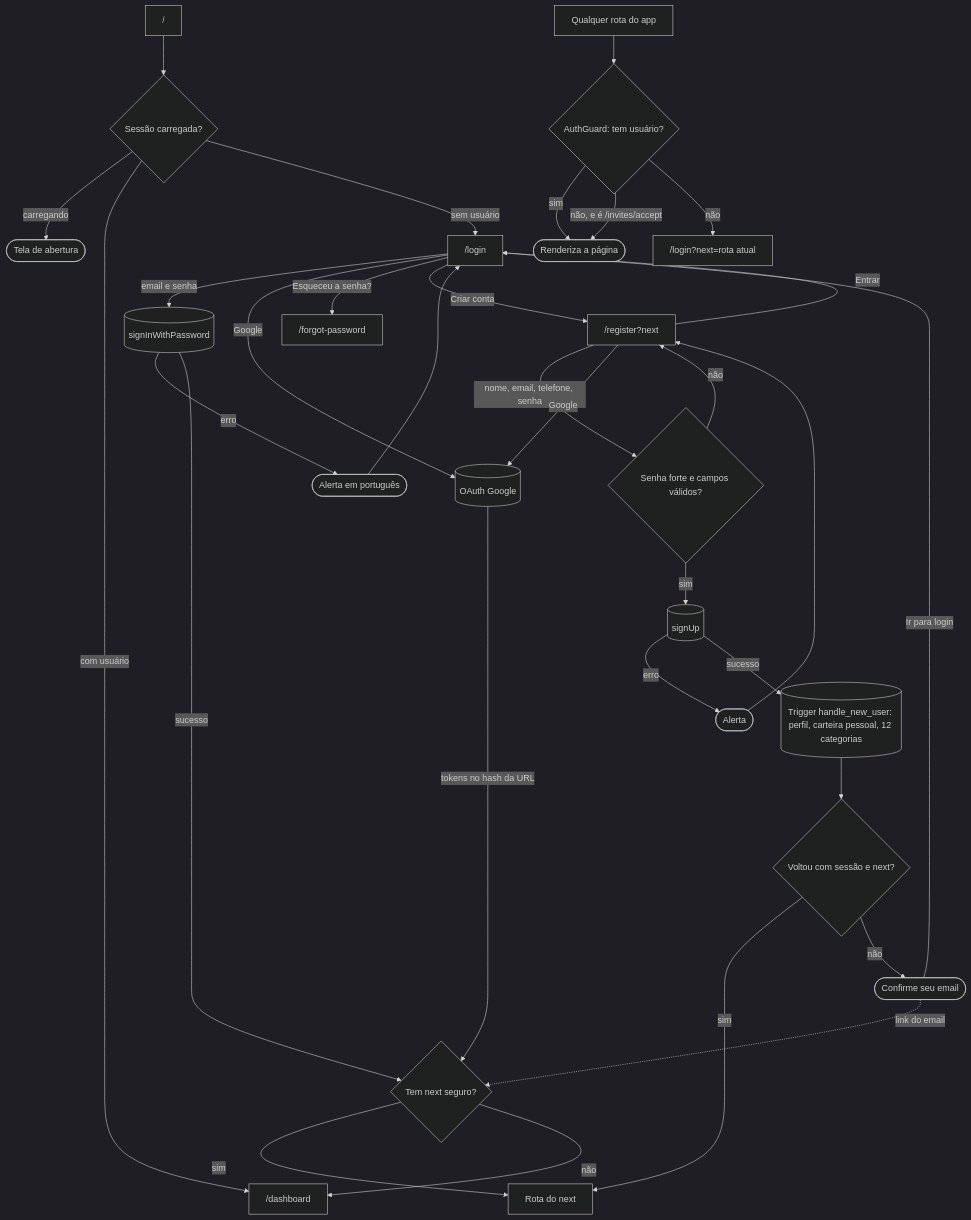
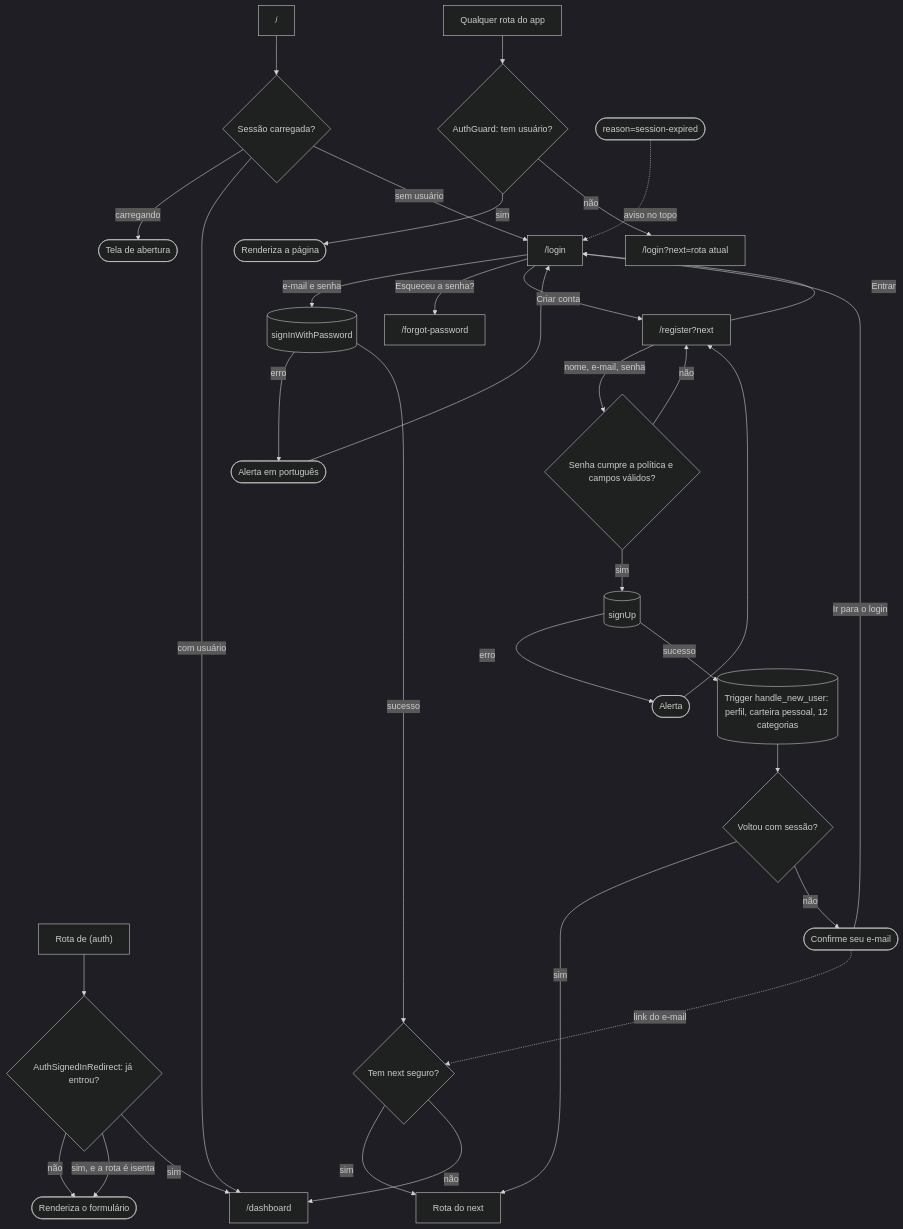
The second of 14 diagrams in docs/JORNADAS.md (kauax2000/finance_app), drawn with Mermaid before and after one commit. The commit also changed other lines of this file and 38 other files, not shown here.

````diff
--- a/docs/JORNADAS.md
+++ b/docs/JORNADAS.md
@@ -96,35 +103,38 @@
 ```mermaid
 %%{init: {"theme": "dark"}}%%
 flowchart TD
     root["/"] --> loading{"Sessão carregada?"}
     loading -->|"carregando"| bootscreen(["Tela de abertura"])
     loading -->|"com usuário"| dash["/dashboard"]
     loading -->|"sem usuário"| login["/login"]
 
     protected["Qualquer rota do app"] --> guard{"AuthGuard: tem usuário?"}
     guard -->|"sim"| page(["Renderiza a página"])
-    guard -->|"não, e é /invites/accept"| page
     guard -->|"não"| loginNext["/login?next=rota atual"]
 
-    login -->|"email e senha"| signin[("signInWithPassword")]
+    authRoute["Rota de (auth)"] --> backGuard{"AuthSignedInRedirect: já entrou?"}
+    backGuard -->|"não"| form(["Renderiza o formulário"])
+    backGuard -->|"sim, e a rota é isenta"| form
+    backGuard -->|"sim"| dash
+
+    login -->|"e-mail e senha"| signin[("signInWithPassword")]
     signin -->|"erro"| loginErr(["Alerta em português"]) --> login
     signin -->|"sucesso"| nextOk{"Tem next seguro?"}
     nextOk -->|"sim"| back["Rota do next"]
     nextOk -->|"não"| dash
-    login -->|"Google"| oauth[("OAuth Google")] -->|"tokens no hash da URL"| nextOk
     login -->|"Esqueceu a senha?"| forgot["/forgot-password"]
     login -->|"Criar conta"| register["/register?next"]
+    revoked(["reason=session-expired"]) -.->|"aviso no topo"| login
 
-    register -->|"nome, email, telefone, senha"| valid{"Senha forte e campos válidos?"}
+    register -->|"nome, e-mail, senha"| valid{"Senha cumpre a política e campos válidos?"}
     valid -->|"não"| register
     valid -->|"sim"| signup[("signUp")]
     signup -->|"erro"| regErr(["Alerta"]) --> register
     signup -->|"sucesso"| trigger[("Trigger handle_new_user: perfil, carteira pessoal, 12 categorias")]
-    trigger --> hasSession{"Voltou com sessão e next?"}
+    trigger --> hasSession{"Voltou com sessão?"}
     hasSession -->|"sim"| back
-    hasSession -->|"não"| confirm(["Confirme seu email"])
-    confirm -->|"Ir para login"| login
-    confirm -.->|"link do email"| nextOk
-    register -->|"Google"| oauth
+    hasSession -->|"não"| confirm(["Confirme seu e-mail"])
+    confirm -->|"Ir para o login"| login
+    confirm -.->|"link do e-mail"| nextOk
     register -->|"Entrar"| login
 ```
````
